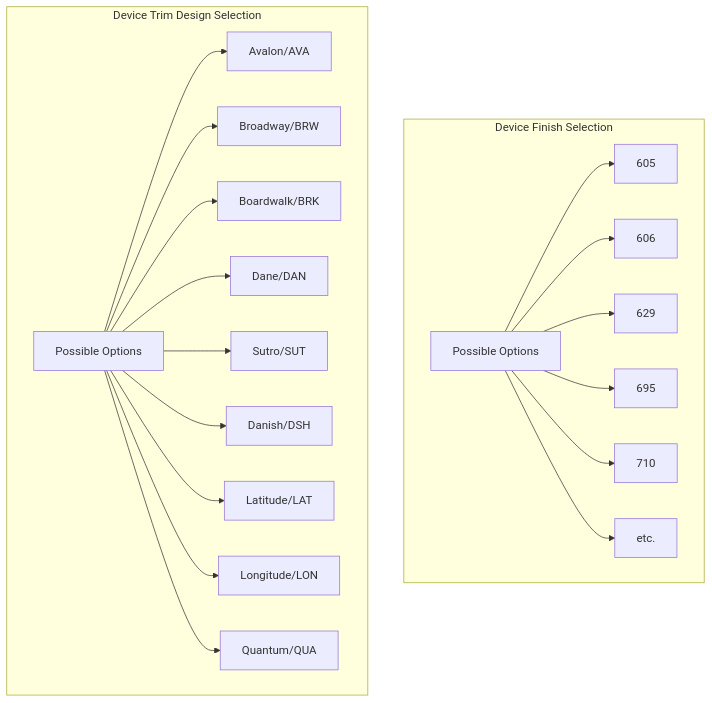
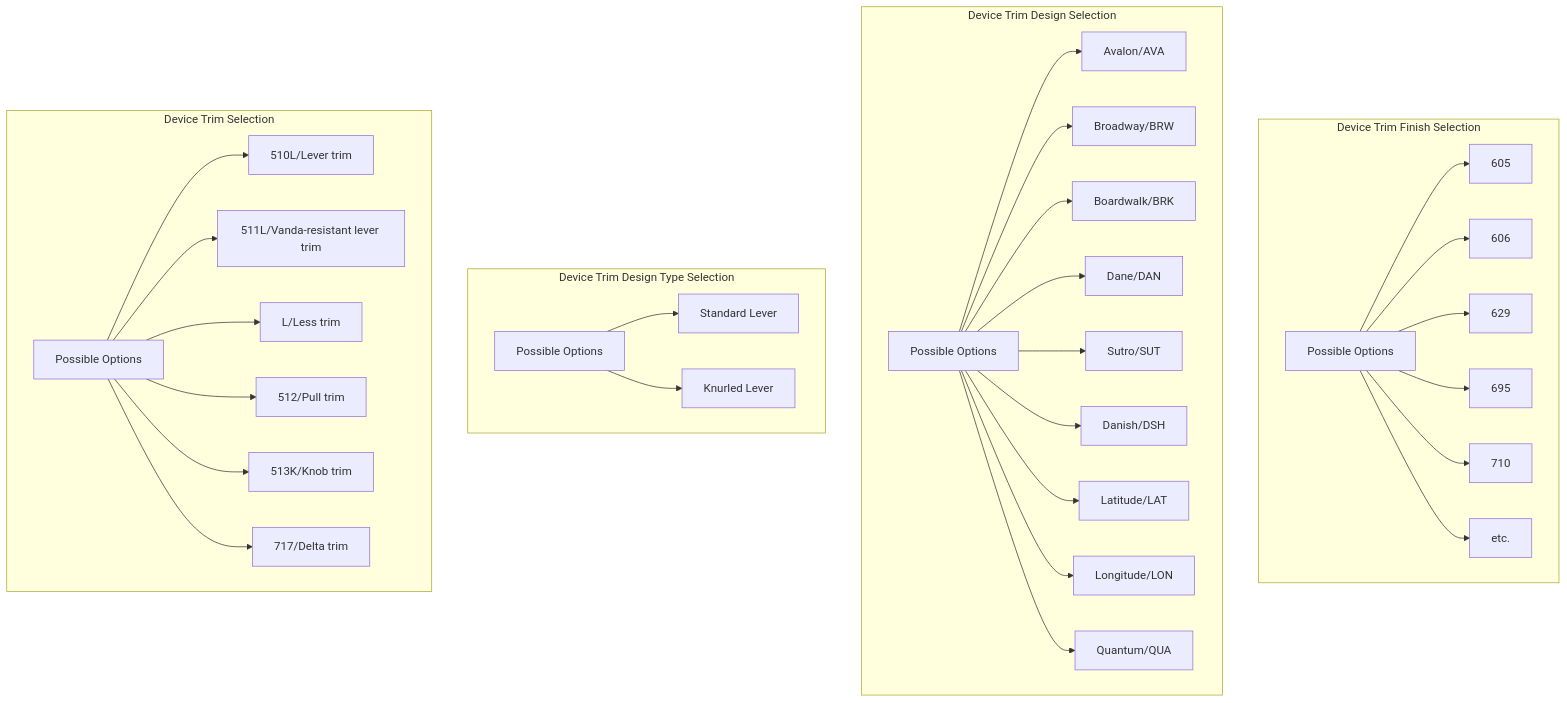
One commit to alokdas81/diamond-pricebook-diagram changed diagram 15 of 15 in README.md. Above: the diagram before and after it, drawn with Mermaid. The commit also changed other lines of this file and 4 other files, not shown here.

````diff
--- a/README.md
+++ b/README.md
@@ -699,26 +689,41 @@
-```mermaid
-graph TB
+  ```mermaid
+  graph TB
 
 
-subgraph Device Finish Selection
-K[Possible Options]
-K --> 605
-K --> 606
-K --> 629
-K --> 695
-K --> 710
-K --> R[etc.]
-end
+  subgraph Device Trim Finish Selection
+  K[Possible Options]
+  K --> 605
+  K --> 606
+  K --> 629
+  K --> 695
+  K --> 710
+  K --> R[etc.]
+  end
 
-subgraph Device Trim Design Selection
-A[Possible Options] --> B[Avalon/AVA]
-A --> C[Broadway/BRW]
-A --> D[Boardwalk/BRK]
-A --> E[Dane/DAN]
-A --> F[Sutro/SUT]
-A --> G[Danish/DSH]
-A --> H[Latitude/LAT]
-A --> I[Longitude/LON]
-A --> J[Quantum/QUA]
-end
-```
+  subgraph Device Trim Design Selection
+  A[Possible Options] --> B[Avalon/AVA]
+  A --> C[Broadway/BRW]
+  A --> D[Boardwalk/BRK]
+  A --> E[Dane/DAN]
+  A --> F[Sutro/SUT]
+  A --> G[Danish/DSH]
+  A --> H[Latitude/LAT]
+  A --> I[Longitude/LON]
+  A --> J[Quantum/QUA]
+  end
+
+  subgraph Device Trim Design Type Selection
+  O[Possible Options] --> P[Standard Lever]
+  O --> Q[Knurled Lever]
+  end
+
+  subgraph Device Trim Selection
+  S[Possible Options] --> T[510L/Lever trim]
+  S --> U[511L/Vanda-resistant lever trim]
+  S --> V[L/Less trim]
+  S --> W[512/Pull trim]
+  S --> X[513K/Knob trim]
+  S --> Y[717/Delta trim]
+  end
+
+  ```
````
